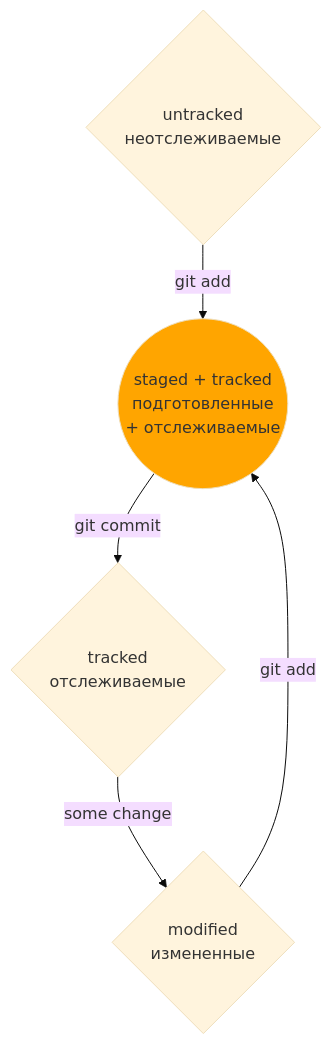
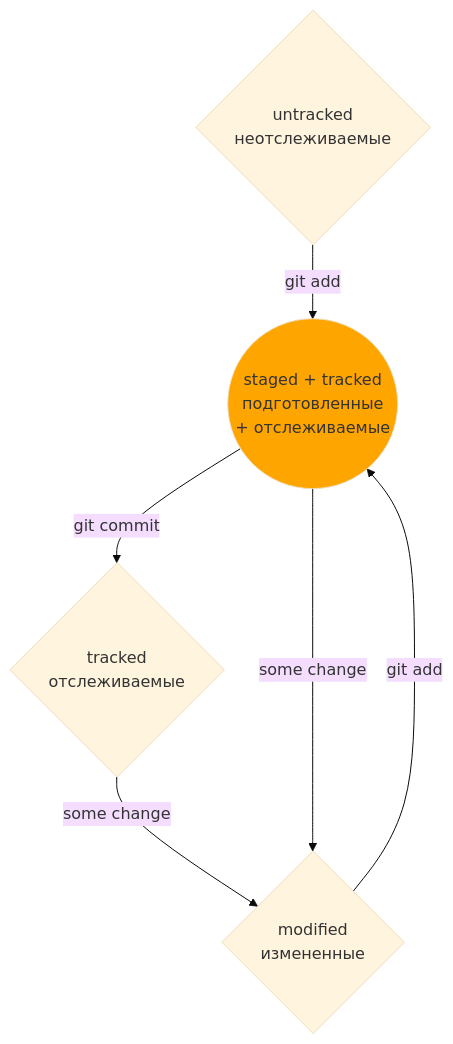
Before and after one commit to AleksandrVakarin/GitInstructionMermaid: the diagram in README.md, drawn with Mermaid (base theme).

````diff
--- a/README.md
+++ b/README.md
@@ -93,13 +93,14 @@
 ```mermaid
 flowchart TD;
 	
 	stgd((staged + tracked<br>подготовленные<br> + отслеживаемые))
 	mdf{modified<br>измененные}
 	untr{untracked<br>неотслеживаемые}
 	trcd{tracked<br>отслеживаемые}
 
 	untr-- git add -->stgd-- git commit -->trcd
 	trcd-- some change -->mdf-- git add --> stgd
+	stgd-- some change -->mdf
 
 	style stgd fill: orange
 ```
````
